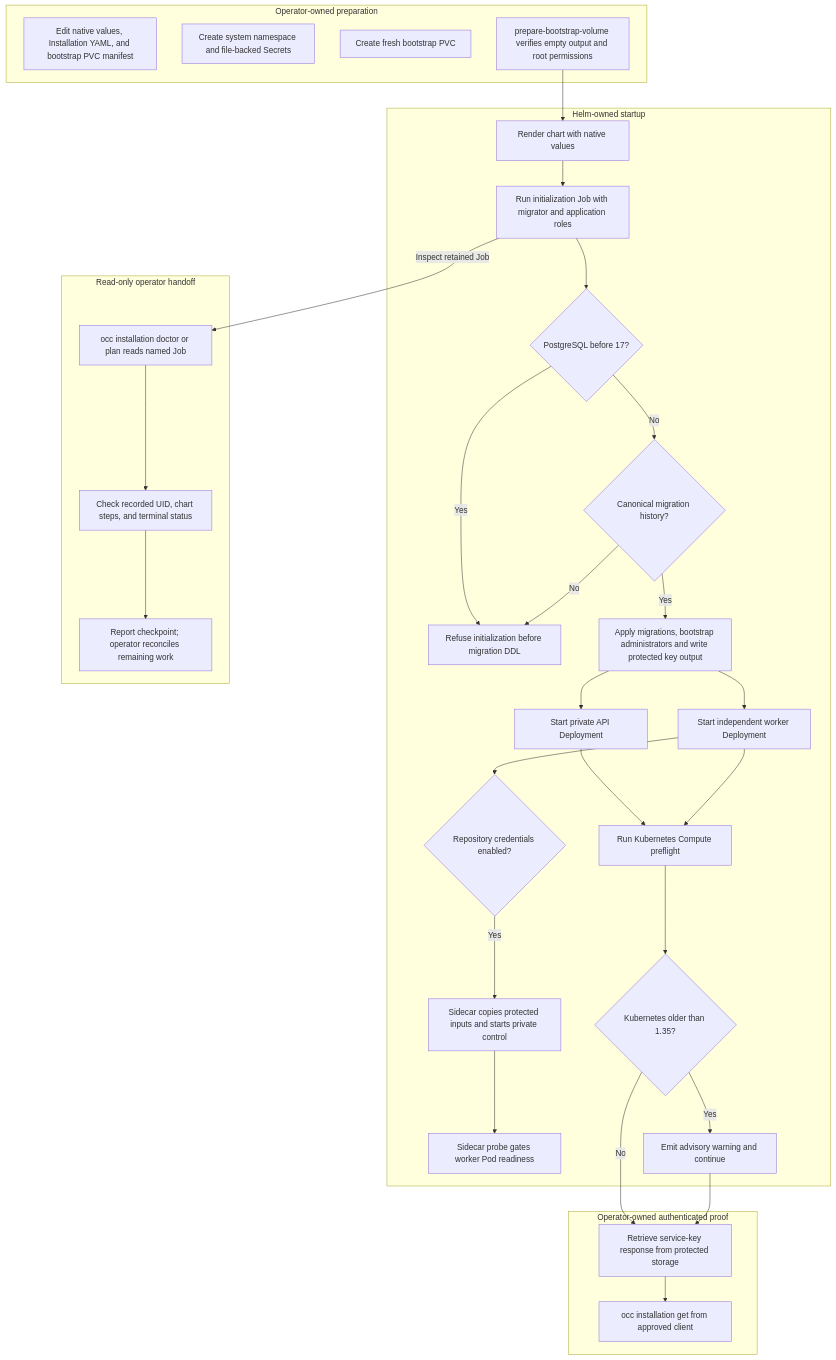
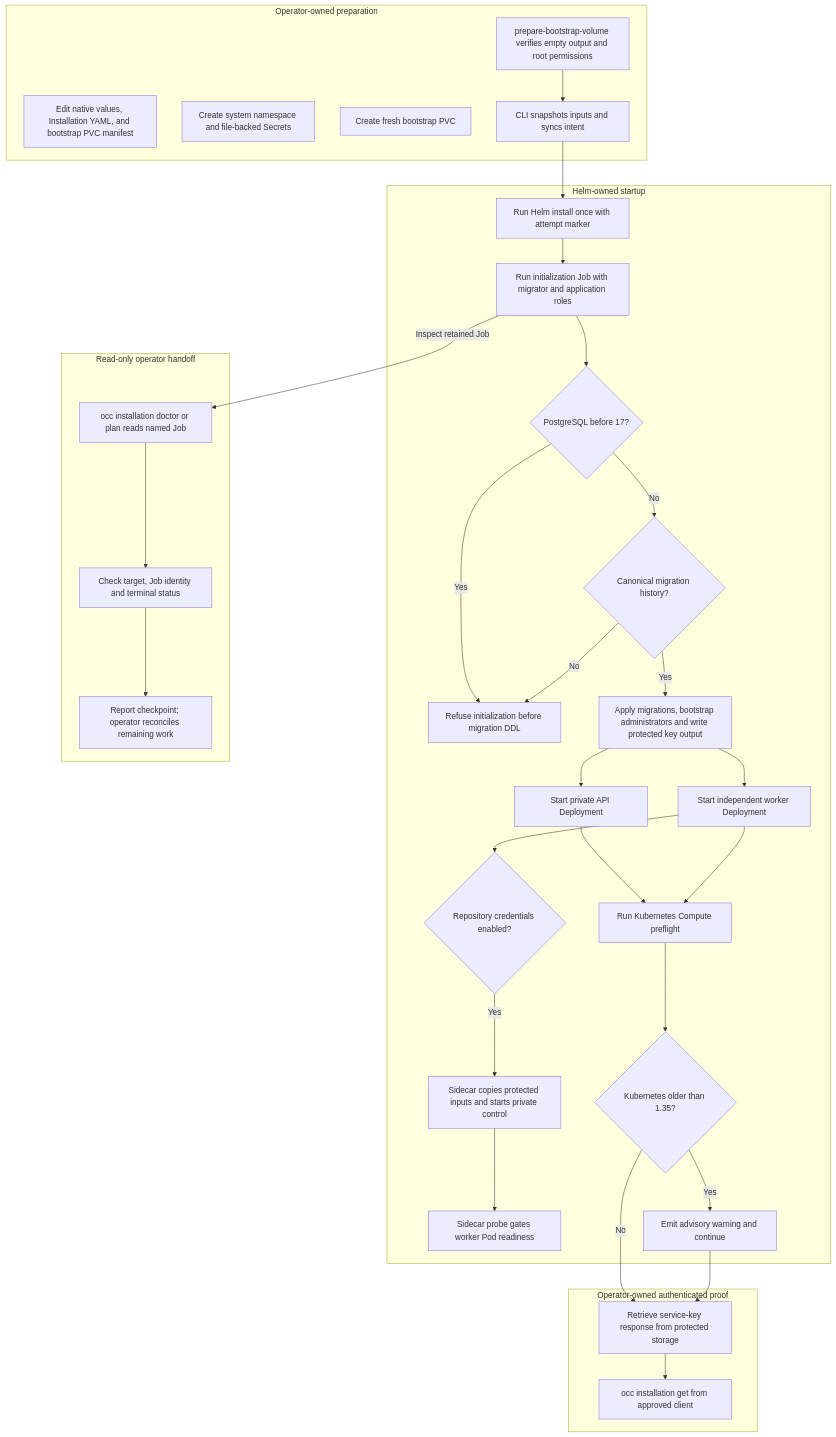
One commit to openclaw/openclaw-enterprise changed the diagram in docs/flows/production-startup.md. Above: the diagram before and after it, drawn with Mermaid. The commit also changed other lines of this file and 18 other files, not shown here.

First line of the commit message:
feat(cli): retain first-install receipts for safe handoff

````diff
--- a/docs/flows/production-startup.md
+++ b/docs/flows/production-startup.md
@@ -34,37 +34,38 @@
 ```mermaid
 graph TD
     subgraph Operator["Operator-owned preparation"]
         A["Edit native values, Installation YAML, and bootstrap PVC manifest"]
         B["Create system namespace and file-backed Secrets"]
         C["Create fresh bootstrap PVC"]
         D["prepare-bootstrap-volume verifies empty output and root permissions"]
+        D --> RC["CLI snapshots inputs and syncs intent"]
     end
     subgraph Helm["Helm-owned startup"]
-        D --> E["Render chart with native values"]
+        RC --> E["Run Helm install once with attempt marker"]
         E --> F["Run initialization Job with migrator and application roles"]
         F --> V{"PostgreSQL before 17?"}
         V -->|Yes| P["Refuse initialization before migration DDL"]
         V -->|No| O{"Canonical migration history?"}
         O -->|No| P
         O -->|Yes| G["Apply migrations, bootstrap administrators and write protected key output"]
         G --> H["Start private API Deployment"]
         G --> I["Start independent worker Deployment"]
         I --> R{"Repository credentials enabled?"}
         R -->|Yes| S["Sidecar copies protected inputs and starts private control"]
         S --> Q["Sidecar probe gates worker Pod readiness"]
         H --> L["Run Kubernetes Compute preflight"]
         I --> L
         L --> M{"Kubernetes older than 1.35?"}
         M -->|Yes| N["Emit advisory warning and continue"]
     end
     subgraph Handoff["Read-only operator handoff"]
         F -->|Inspect retained Job| T["occ installation doctor or plan reads named Job"]
-        T --> U["Check recorded UID, chart steps, and terminal status"]
+        T --> U["Check target, Job identity and terminal status"]
         U --> W["Report checkpoint; operator reconciles remaining work"]
     end
     subgraph Proof["Operator-owned authenticated proof"]
         M -->|No| J["Retrieve service-key response from protected storage"]
         N --> J
         J --> K["occ installation get from approved client"]
     end
 ```
````
